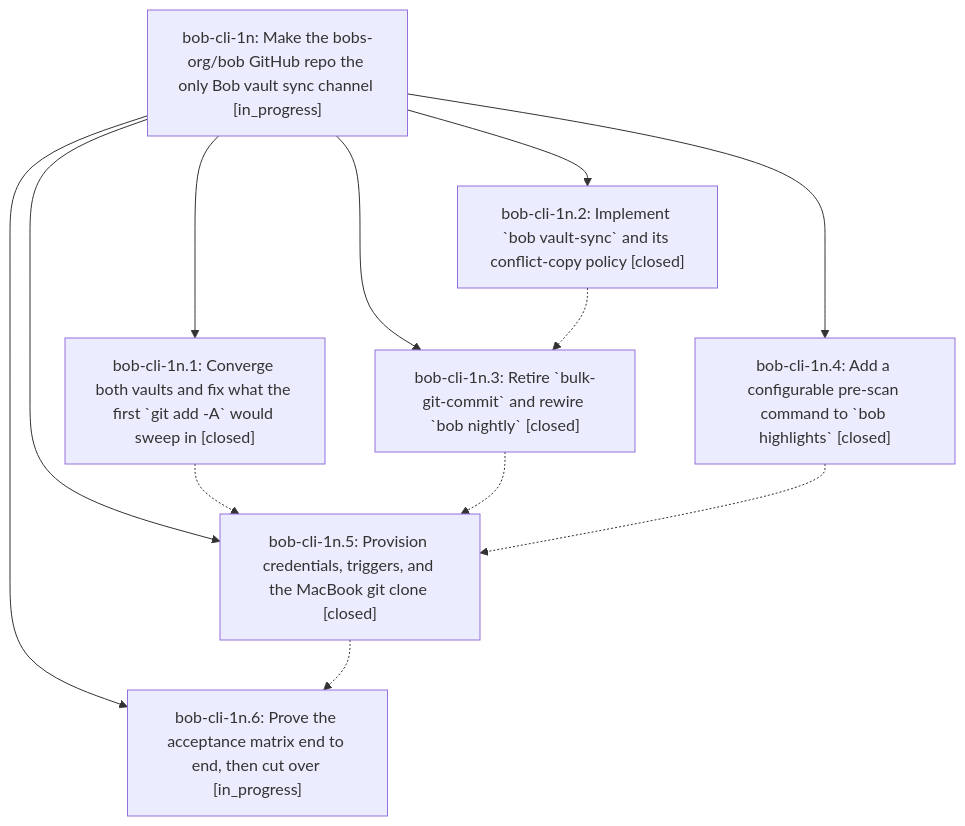
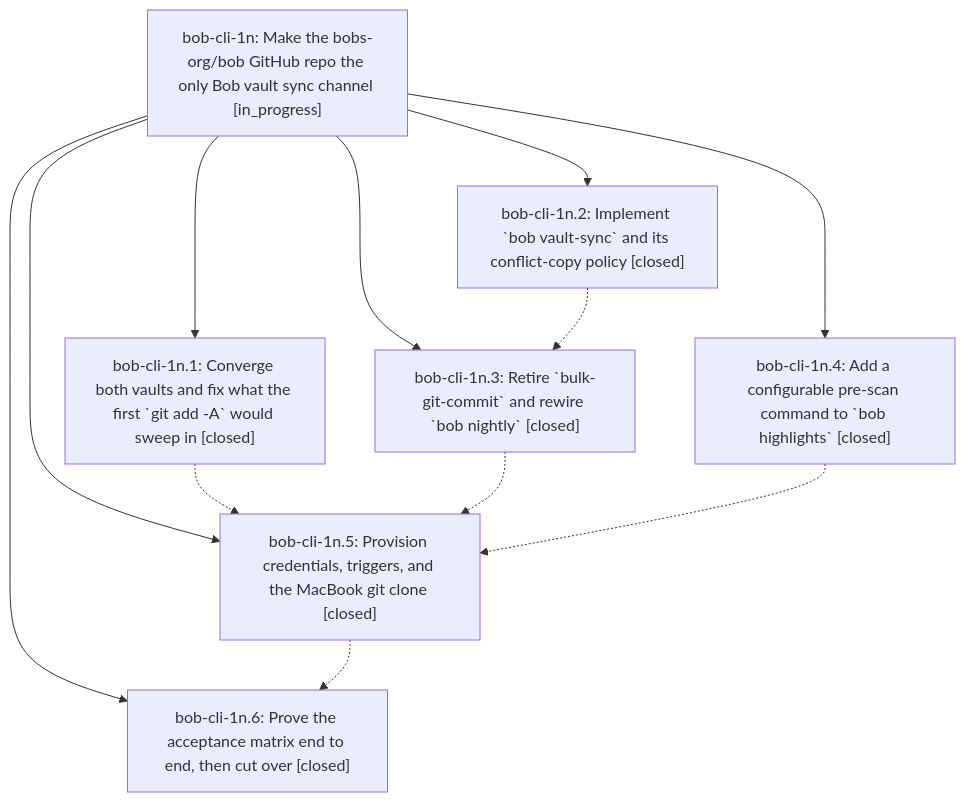
The diagram in pages/bob-cli-1n/README.md (bobs-org/bob-cli--beads), drawn with Mermaid before and after one commit. The commit also changed other lines of this file and 2 other files, not shown here.

First line of the commit message:
chore(beads): sync bead state and pages for bob-cli-1n

````diff
--- a/pages/bob-cli-1n/README.md
+++ b/pages/bob-cli-1n/README.md
@@ -39,21 +39,21 @@
 ```mermaid
 flowchart TD
     n0["bob-cli-1n: Make the bobs-org/bob GitHub repo the only Bob vault sync channel [in_progress]"]
     n1["bob-cli-1n.1: Converge both vaults and fix what the first `git add -A` would sweep in [closed]"]
     n2["bob-cli-1n.2: Implement `bob vault-sync` and its conflict-copy policy [closed]"]
     n3["bob-cli-1n.3: Retire `bulk-git-commit` and rewire `bob nightly` [closed]"]
     n4["bob-cli-1n.4: Add a configurable pre-scan command to `bob highlights` [closed]"]
     n5["bob-cli-1n.5: Provision credentials, triggers, and the MacBook git clone [closed]"]
-    n6["bob-cli-1n.6: Prove the acceptance matrix end to end, then cut over [in_progress]"]
+    n6["bob-cli-1n.6: Prove the acceptance matrix end to end, then cut over [closed]"]
     n0 --> n1
     n0 --> n2
     n0 --> n3
     n0 --> n4
     n0 --> n5
     n0 --> n6
     n1 -.-> n5
     n2 -.-> n3
     n3 -.-> n5
     n4 -.-> n5
     n5 -.-> n6
 ```
````
